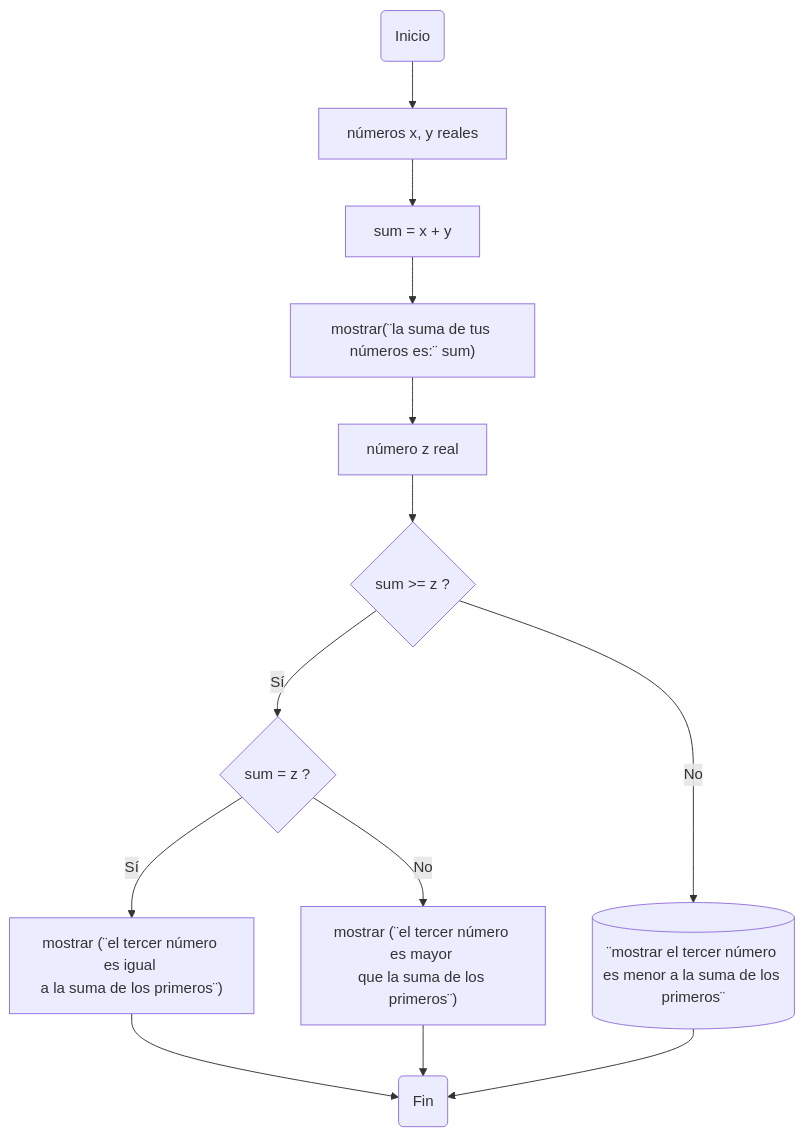
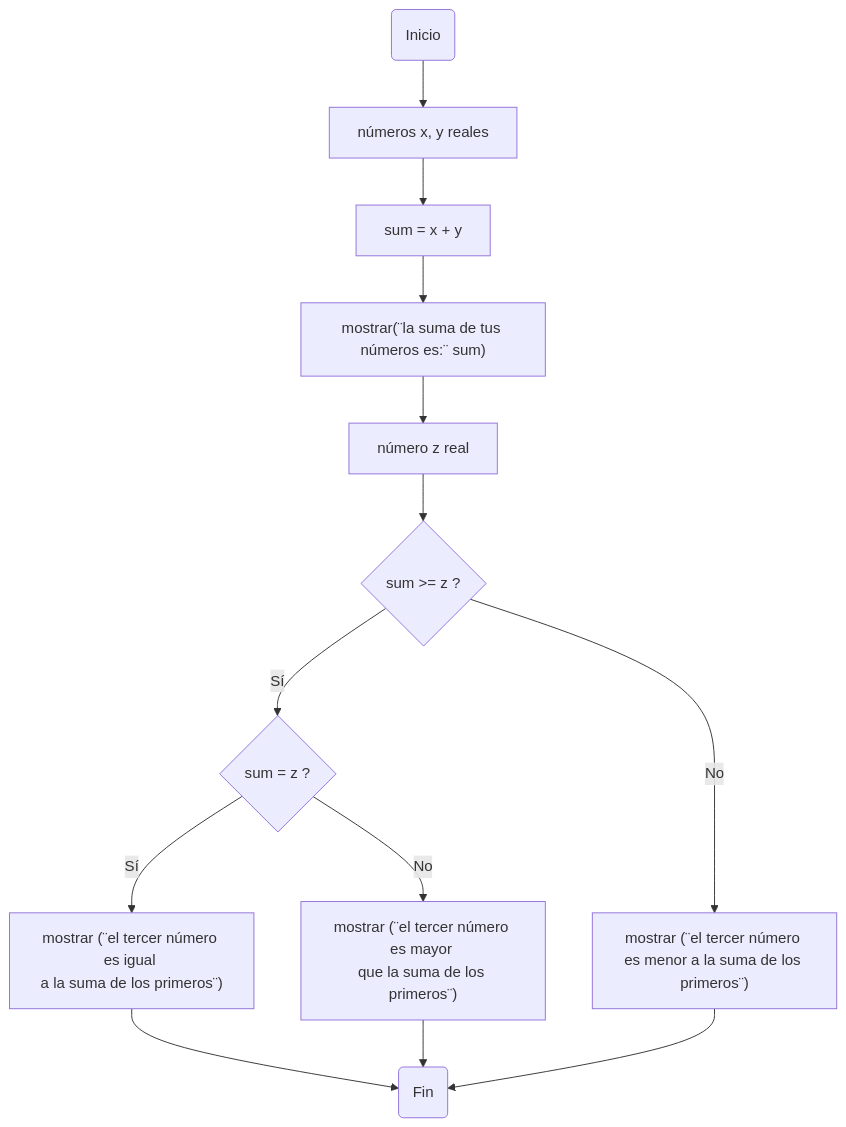
The third of 3 diagrams in README.md (JulianGustin/Taller_1), drawn with Mermaid before and after one commit.

````diff
--- a/README.md
+++ b/README.md
@@ -64,16 +64,16 @@
 ```mermaid
  graph TD;
     A(Inicio);
     A--> B[números x, y reales];
     B-->C[sum = x + y];
     C-->D["mostrar(¨la suma de tus números es:¨ sum)"];
     D-->E[número z real];
     E-->F{sum >= z ?};
-    F-->|No|G[(¨mostrar el tercer número <br>es menor a la suma de los primeros¨)];
+    F-->|No|G["mostrar (¨el tercer número <br>es menor a la suma de los primeros¨)"];
     F-->|Sí|H{sum = z ?};
     H-->|No|I["mostrar (¨el tercer número es mayor <br>que la suma de los primeros¨)"];
     H-->|Sí|J["mostrar (¨el tercer número es igual <br>a la suma de los primeros¨)"];
     J-->K(Fin);
     I-->K;
     G-->K;
 ```
````
